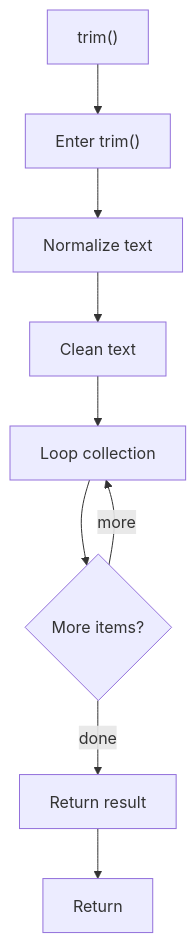
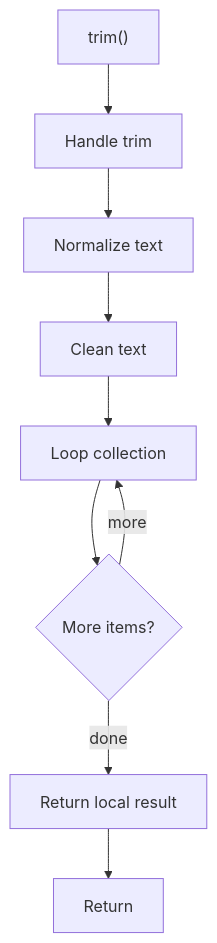
The diagram in docs/Codebase/Microservice/Modules/Source/Analysis/ImplementationUse/Resolution/Symbols/Resolve/Flow/functions/trim.cpp.md (JohnAndrewBalbarosa/NeoTerritory), drawn with Mermaid before and after one commit. The commit also changed other lines of this file and 915 other files, not shown here.

````diff
--- a/docs/Codebase/Microservice/Modules/Source/Analysis/ImplementationUse/Resolution/Symbols/Resolve/Flow/functions/trim.cpp.md
+++ b/docs/Codebase/Microservice/Modules/Source/Analysis/ImplementationUse/Resolution/Symbols/Resolve/Flow/functions/trim.cpp.md
@@ -19,19 +19,19 @@
 ```mermaid
 flowchart TD
     Start["trim()"]
-    N0["Enter trim()"]
+    N0["Handle trim"]
     N1["Normalize text"]
     N2["Clean text"]
     N3["Loop collection"]
     L3{"More items?"}
-    N4["Return result"]
+    N4["Return local result"]
     End["Return"]
     Start --> N0
     N0 --> N1
     N1 --> N2
     N2 --> N3
     N3 --> L3
     L3 -->|more| N3
     L3 -->|done| N4
     N4 --> End
 ```
````
